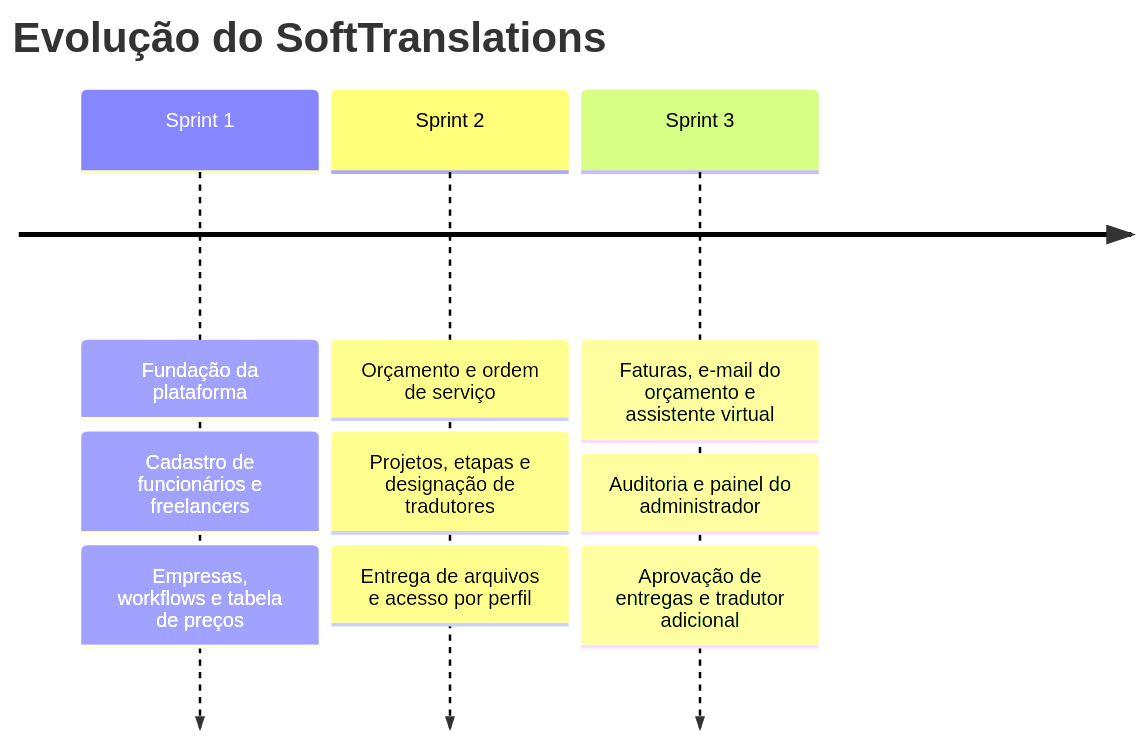
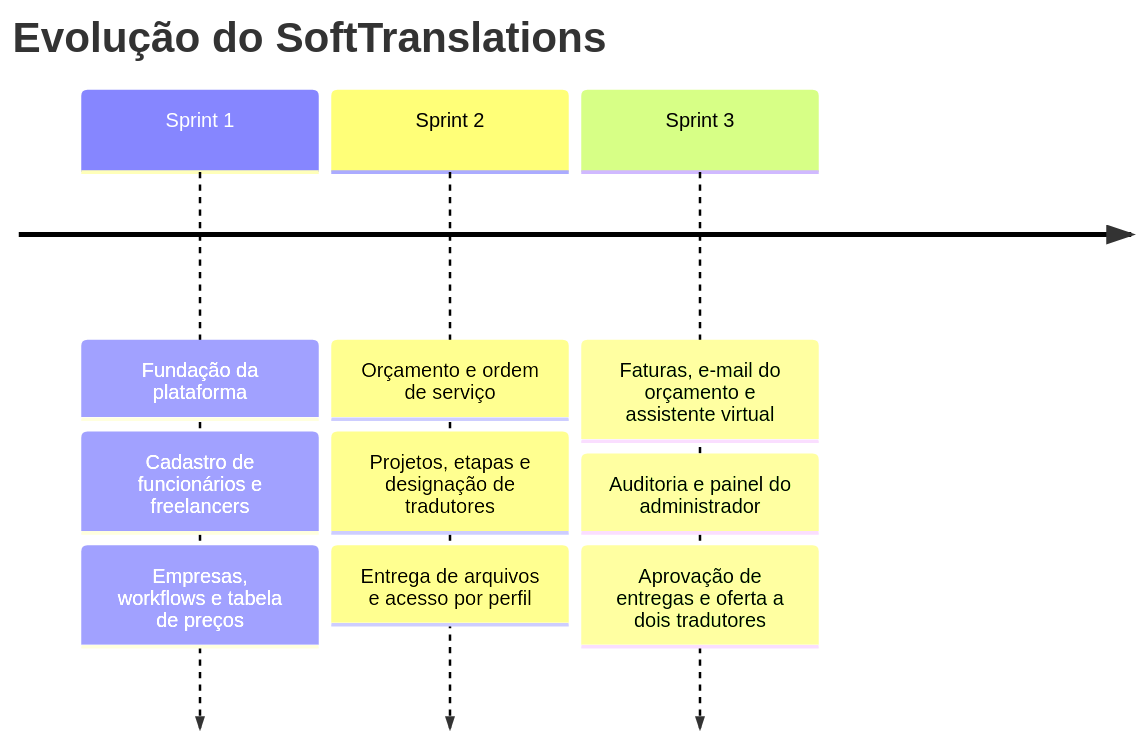
Before and after one commit to SoftworksBR/SoftTraslations: the diagram in README.md, drawn with Mermaid. The commit also changed other lines of this file and 4 other files, not shown here.

Commit message:
docs (#77): documenta a oferta da etapa para dois tradutores

````diff
--- a/README.md
+++ b/README.md
@@ -218,13 +219,13 @@
 ```mermaid
 timeline
     title Evolução do SoftTranslations
     Sprint 1 : Fundação da plataforma
              : Cadastro de funcionários e freelancers
              : Empresas, workflows e tabela de preços
     Sprint 2 : Orçamento e ordem de serviço
              : Projetos, etapas e designação de tradutores
              : Entrega de arquivos e acesso por perfil
     Sprint 3 : Faturas, e-mail do orçamento e assistente virtual
              : Auditoria e painel do administrador
-             : Aprovação de entregas e tradutor adicional
+             : Aprovação de entregas e oferta a dois tradutores
 ```
````
